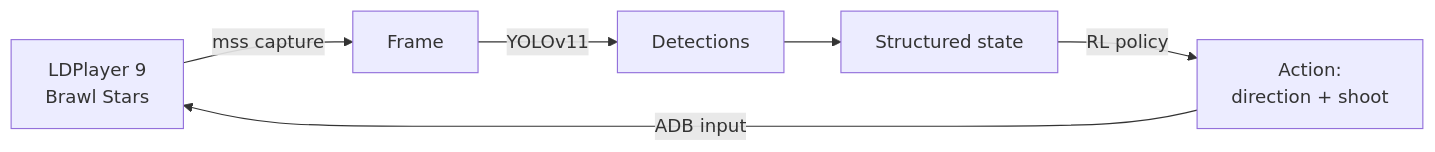
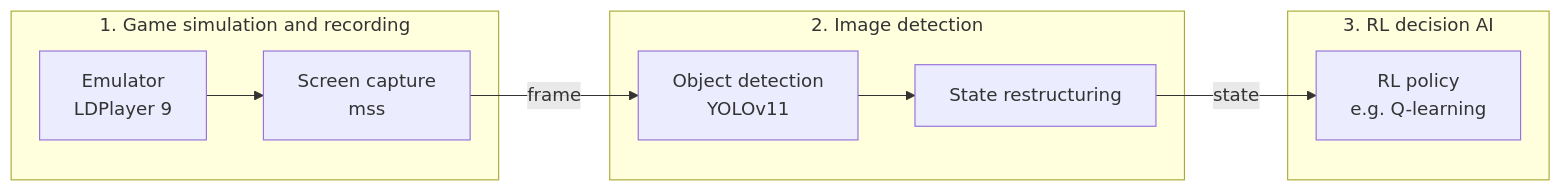
The first of 2 diagrams in README.md (Victor11W/brawl_bot), drawn with Mermaid before and after one commit. The commit also changed other lines of this file and 1 other file, not shown here.

Commit message:
Docs: split pipeline into work-axes and AI feedback-loop diagrams

````diff
--- a/README.md
+++ b/README.md
@@ -9,8 +11,15 @@
 ```mermaid
 flowchart LR
-    A[LDPlayer 9<br/>Brawl Stars] -->|mss capture| B[Frame]
-    B -->|YOLOv11| C[Detections]
-    C --> D[Structured state]
-    D -->|RL policy| E[Action:<br/>direction + shoot]
-    E -->|ADB input| A
+    subgraph SIM[1. Game simulation and recording]
+        A[Emulator<br/>LDPlayer 9] --> B[Screen capture<br/>mss]
+    end
+    subgraph DET[2. Image detection]
+        C[Object detection<br/>YOLOv11] --> D[State restructuring]
+    end
+    subgraph AI[3. RL decision AI]
+        E[RL policy<br/>e.g. Q-learning]
+    end
+
+    B -->|frame| C
+    D -->|state| E
 ```
````
